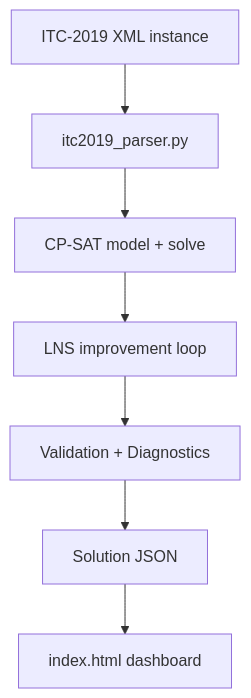
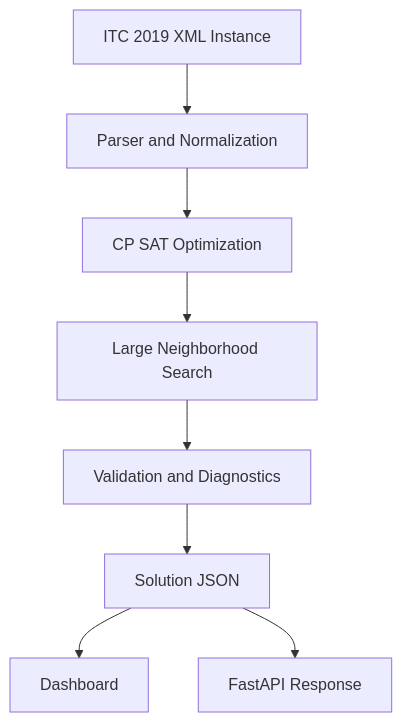
One commit to girishk03/University-Timetabling-Solver changed the diagram in README.md. Above: the diagram before and after it, drawn with Mermaid. The commit also changed other lines of this file and 1 other file, not shown here.

````diff
--- a/README.md
+++ b/README.md
@@ -74,9 +68,10 @@
 ```mermaid
-flowchart TD
-  A[ITC-2019 XML instance] --> B[itc2019_parser.py]
-  B --> C[CP-SAT model + solve]
-  C --> D[LNS improvement loop]
-  D --> E[Validation + Diagnostics]
-  E --> F[Solution JSON]
-  F --> G[index.html dashboard]
+graph TD
+    A[ITC 2019 XML Instance] --> B[Parser and Normalization]
+    B --> C[CP SAT Optimization]
+    C --> D[Large Neighborhood Search]
+    D --> E[Validation and Diagnostics]
+    E --> F[Solution JSON]
+    F --> G[Dashboard]
+    F --> H[FastAPI Response]
 ```
````
